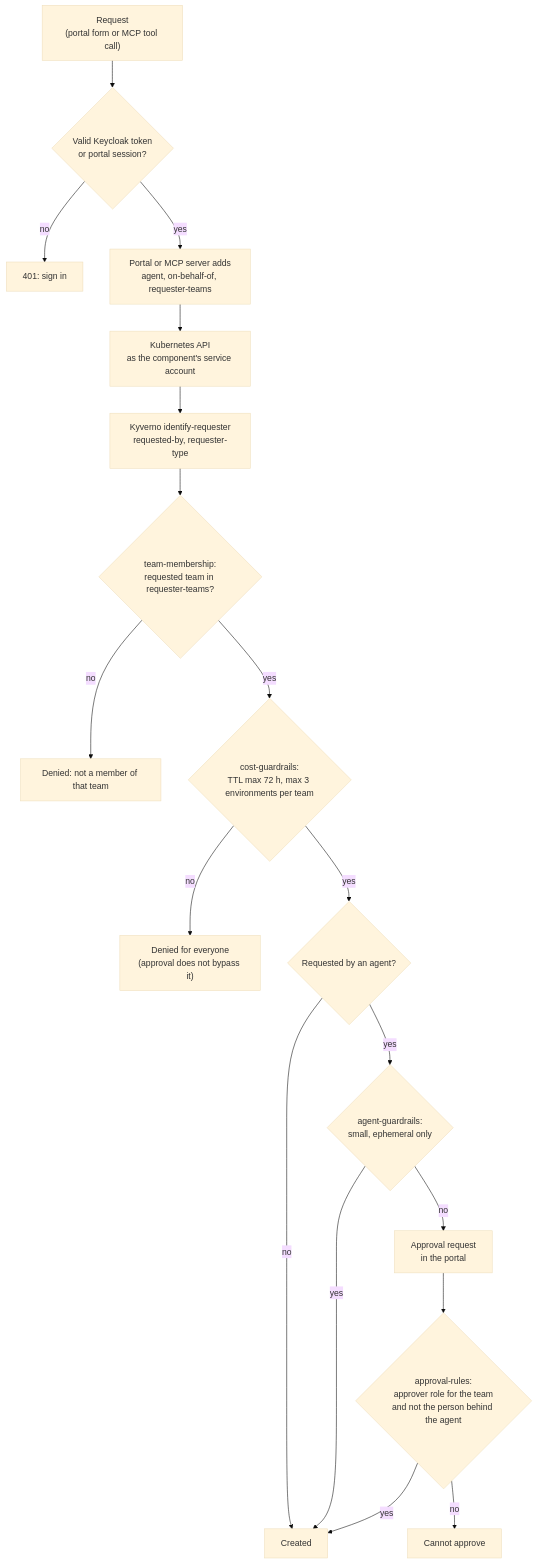
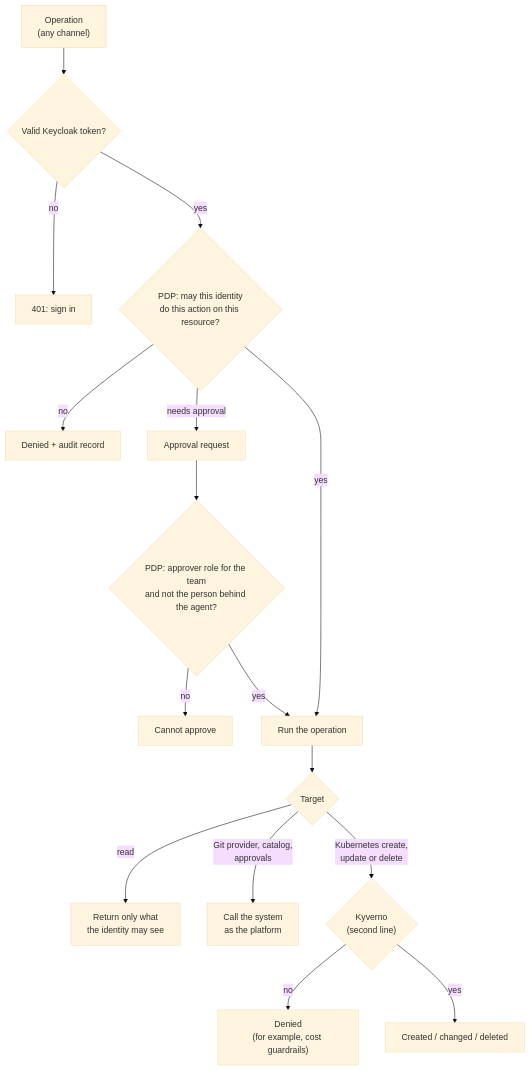
The fourth of 7 diagrams in docs/identity-and-access.md (jaruizes/platform-engineering-starter-kit-ai-era), drawn with Mermaid (base theme) before and after one commit. The commit also changed other lines of this file, not shown here.

First line of the commit message:
docs: channel-independent platform API and two-line authorization

````diff
--- a/docs/identity-and-access.md
+++ b/docs/identity-and-access.md
@@ -225,20 +318,18 @@
 ```mermaid
 flowchart TD
-    req["Request<br/>(portal form or MCP tool call)"] --> authn{"Valid Keycloak token<br/>or portal session?"}
+    req["Operation<br/>(any channel)"] --> authn{"Valid Keycloak token?"}
     authn -- no --> r401["401: sign in"]
-    authn -- yes --> stamp["Portal or MCP server adds<br/>agent, on-behalf-of, requester-teams"]
-    stamp --> api["Kubernetes API<br/>as the component's service account"]
-    api --> ident["Kyverno identify-requester<br/>requested-by, requester-type"]
-    ident --> team{"team-membership:<br/>requested team in requester-teams?"}
-    team -- no --> d1["Denied: not a member of that team"]
-    team -- yes --> cost{"cost-guardrails:<br/>TTL max 72 h, max 3 environments per team"}
-    cost -- no --> d2["Denied for everyone<br/>(approval does not bypass it)"]
-    cost -- yes --> isagent{"Requested by an agent?"}
-    isagent -- no --> ok["Created"]
-    isagent -- yes --> ag{"agent-guardrails:<br/>small, ephemeral only"}
-    ag -- yes --> ok
-    ag -- no --> appr["Approval request<br/>in the portal"]
-    appr --> rules{"approval-rules:<br/>approver role for the team<br/>and not the person behind the agent"}
+    authn -- yes --> pdp{"PDP: may this identity<br/>do this action on this resource?"}
+    pdp -- "no" --> deny["Denied + audit record"]
+    pdp -- "needs approval" --> appr["Approval request"]
+    appr --> rules{"PDP: approver role for the team<br/>and not the person behind the agent?"}
     rules -- no --> d3["Cannot approve"]
-    rules -- yes --> ok
+    rules -- yes --> exec
+    pdp -- "yes" --> exec["Run the operation"]
+    exec --> kind{"Target"}
+    kind -- "read" --> filt["Return only what<br/>the identity may see"]
+    kind -- "Git provider, catalog,<br/>approvals" --> ext["Call the system<br/>as the platform"]
+    kind -- "Kubernetes create,<br/>update or delete" --> kyv{"Kyverno<br/>(second line)"}
+    kyv -- no --> d2["Denied<br/>(for example, cost guardrails)"]
+    kyv -- yes --> ok["Created / changed / deleted"]
 ```
````
